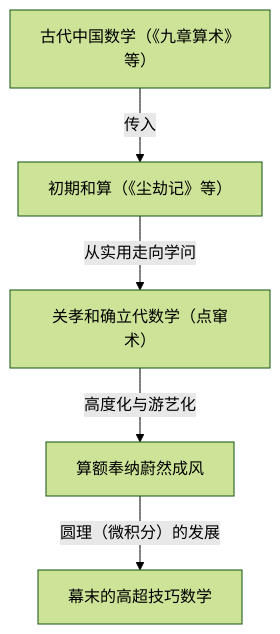
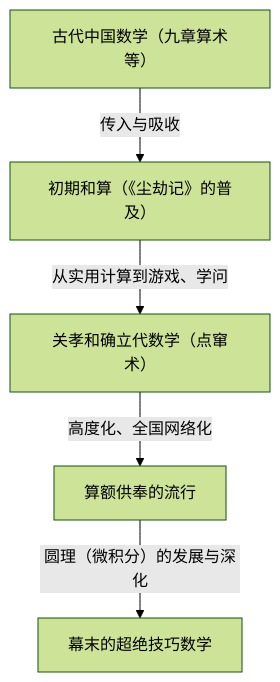
The first of 2 diagrams in content/post/history-of-wasan-japanese-mathematics/index.zh-cn.md (kenjinote/blog), drawn with Mermaid (forest theme) before and after one commit. The commit also changed other lines of this file and 129 other files, not shown here.

````diff
--- a/content/post/history-of-wasan-japanese-mathematics/index.zh-cn.md
+++ b/content/post/history-of-wasan-japanese-mathematics/index.zh-cn.md
@@ -17,7 +25,7 @@
 ```mermaid
 graph TD
-    A["古代中国数学（《九章算术》等）"] -- "传入" --> B["初期和算（《尘劫记》等）"]
-    B -- "从实用走向学问" --> C["关孝和确立代数学（点窜术）"]
-    C -- "高度化与游艺化" --> D["算额奉纳蔚然成风"]
-    D -- "圆理（微积分）的发展" --> E["幕末的高超技巧数学"]
+    A["古代中国数学（九章算术等）"] -- "传入与吸收" --> B["初期和算（《尘劫记》的普及）"]
+    B -- "从实用计算到游戏、学问" --> C["关孝和确立代数学（点窜术）"]
+    C -- "高度化、全国网络化" --> D["算额供奉的流行"]
+    D -- "圆理（微积分）的发展与深化" --> E["幕末的超绝技巧数学"]
 ```
````
